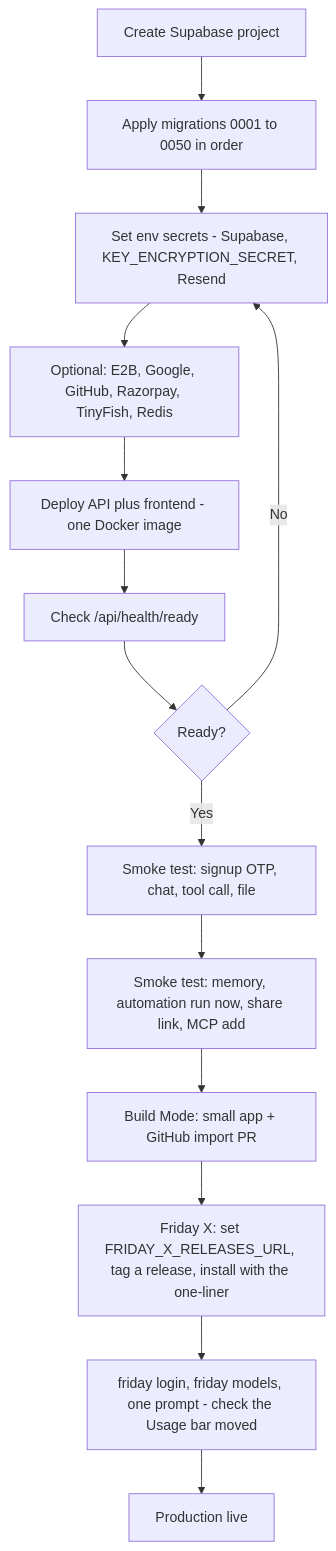
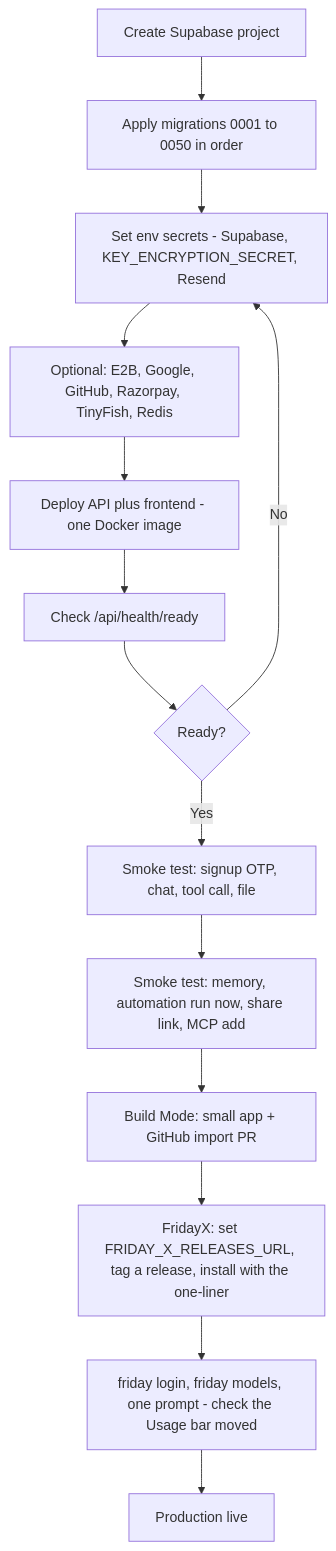
Before and after one commit to billionairestechnologies/Friday-ai: the diagram in docs/diagrams/overview/10-go-live-checklist.mmd, drawn with Mermaid. The commit also changed 418 other files, not shown here.

```diff
--- a/docs/diagrams/overview/10-go-live-checklist.mmd
+++ b/docs/diagrams/overview/10-go-live-checklist.mmd
@@ -1,14 +1,14 @@
 flowchart TD
   A[Create Supabase project] --> B[Apply migrations 0001 to 0050 in order]
   B --> C[Set env secrets - Supabase, KEY_ENCRYPTION_SECRET, Resend]
   C --> C2[Optional: E2B, Google, GitHub, Razorpay, TinyFish, Redis]
   C2 --> D[Deploy API plus frontend - one Docker image]
   D --> E[Check /api/health/ready]
   E --> F{Ready?}
   F -->|No| C
   F -->|Yes| G[Smoke test: signup OTP, chat, tool call, file]
   G --> H[Smoke test: memory, automation run now, share link, MCP add]
   H --> I[Build Mode: small app + GitHub import PR]
-  I --> FX1[Friday X: set FRIDAY_X_RELEASES_URL, tag a release, install with the one-liner]
+  I --> FX1[FridayX: set FRIDAY_X_RELEASES_URL, tag a release, install with the one-liner]
   FX1 --> FX2[friday login, friday models, one prompt - check the Usage bar moved]
   FX2 --> J[Production live]
```
